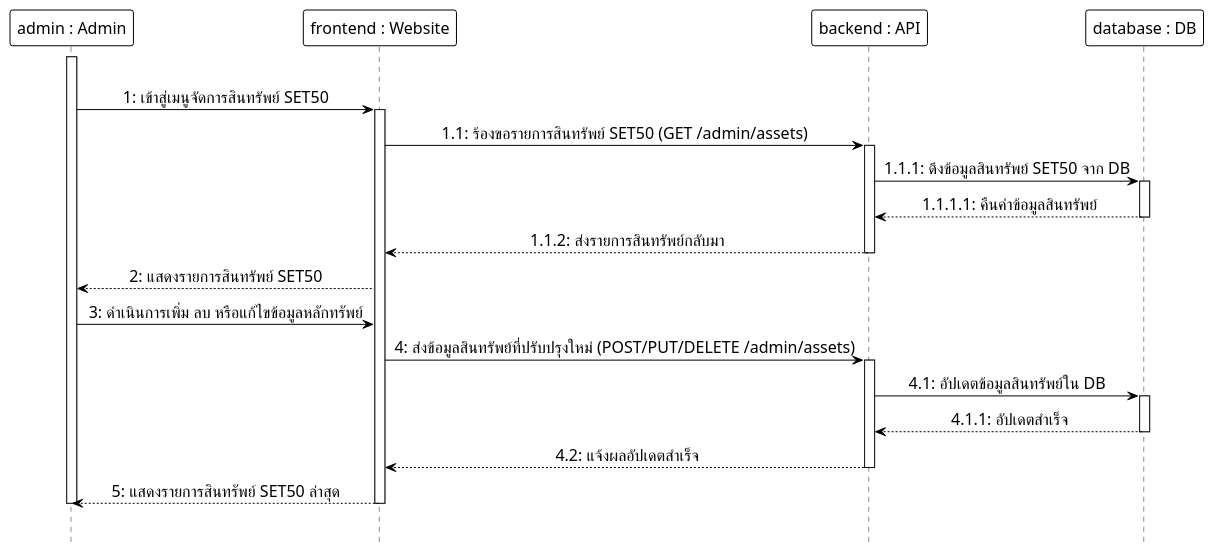
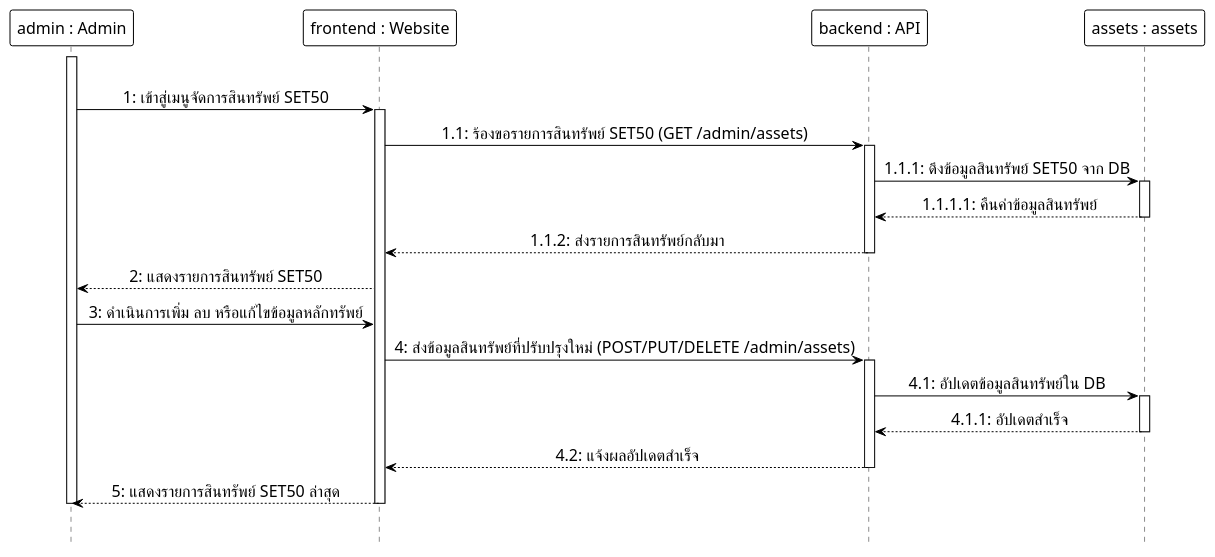
Before and after one commit to Anatta-at/my-portfolio-app: diagram 15 of 15 in docs/diagrams/plantuml_source/plantuml_sequence_diagrams.md, drawn with PlantUML. The commit also changed other lines of this file and 20 other files, not shown here.

Commit message:
docs: Update diagrams to use specific DB table swimlanes and participants based on new schema

````diff
--- a/docs/diagrams/plantuml_source/plantuml_sequence_diagrams.md
+++ b/docs/diagrams/plantuml_source/plantuml_sequence_diagrams.md
@@ -783,52 +783,52 @@
 ```plantuml
 @startuml
 hide footbox
 skinparam monochrome true
 skinparam shadowing false
 skinparam backgroundcolor transparent
 skinparam ParticipantMinHeight 60
 skinparam ParticipantMinWidth 160
 skinparam ParticipantBackgroundColor white
 skinparam ParticipantBorderColor black
 skinparam ParticipantBorderThickness 1.0
 skinparam ParticipantFontSize 16
 skinparam LifeLineBackgroundColor white
 skinparam LifeLineBorderColor black
 skinparam LifeLineBorderThickness 1.0
 skinparam ArrowColor black
 skinparam ArrowFontSize 16
 skinparam sequenceMessageAlign center
 
 participant "admin : Admin" as Admin
 participant "frontend : Website" as Frontend
 participant "backend : API" as Backend
-participant "database : DB" as DB
+participant "assets : assets" as DB
 
 |||
 activate Admin
 Admin -> Frontend: 1: เข้าสู่เมนูจัดการสินทรัพย์ SET50
 activate Frontend
 Frontend -> Backend: 1.1: ร้องขอรายการสินทรัพย์ SET50 (GET /admin/assets)
 activate Backend
 Backend -> DB: 1.1.1: ดึงข้อมูลสินทรัพย์ SET50 จาก DB
 activate DB
 DB --> Backend: 1.1.1.1: คืนค่าข้อมูลสินทรัพย์
 deactivate DB
 Backend --> Frontend: 1.1.2: ส่งรายการสินทรัพย์กลับมา
 deactivate Backend
 Frontend --> Admin: 2: แสดงรายการสินทรัพย์ SET50
 Admin -> Frontend: 3: ดำเนินการเพิ่ม ลบ หรือแก้ไขข้อมูลหลักทรัพย์
 Frontend -> Backend: 4: ส่งข้อมูลสินทรัพย์ที่ปรับปรุงใหม่ (POST/PUT/DELETE /admin/assets)
 activate Backend
 Backend -> DB: 4.1: อัปเดตข้อมูลสินทรัพย์ใน DB
 activate DB
 DB --> Backend: 4.1.1: อัปเดตสำเร็จ
 deactivate DB
 Backend --> Frontend: 4.2: แจ้งผลอัปเดตสำเร็จ
 deactivate Backend
 Frontend --> Admin: 5: แสดงรายการสินทรัพย์ SET50 ล่าสุด
 deactivate Frontend
 deactivate Admin
 |||
 @enduml
 ```
````
